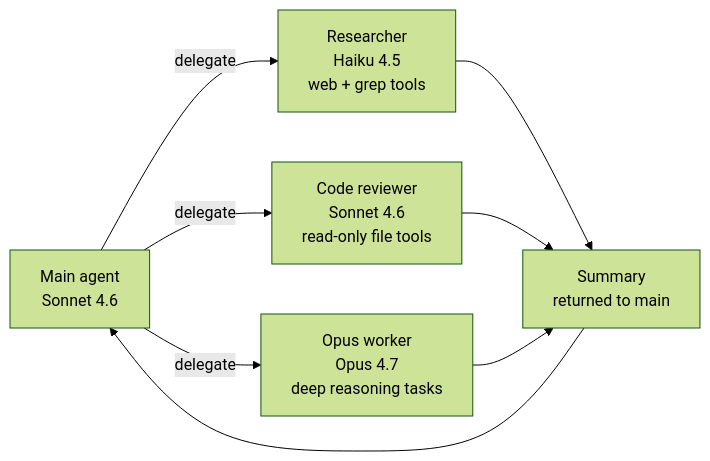
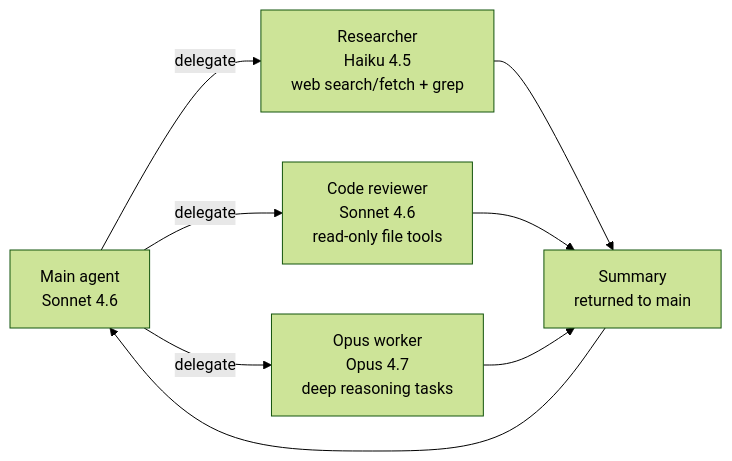
The fifth of 6 diagrams in spec.md (abdihashii/anthropic-agent-sdk-practice), drawn with Mermaid (forest theme) before and after one commit. The commit also changed other lines of this file and 10 other files, not shown here.

````diff
--- a/spec.md
+++ b/spec.md
@@ -143,16 +143,16 @@
 ```mermaid
 flowchart LR
     Main[Main agent<br/>Sonnet 4.6]
-    Researcher[Researcher<br/>Haiku 4.5<br/>web + grep tools]
+    Researcher[Researcher<br/>Haiku 4.5<br/>web search/fetch + grep]
     Reviewer[Code reviewer<br/>Sonnet 4.6<br/>read-only file tools]
     Opus[Opus worker<br/>Opus 4.7<br/>deep reasoning tasks]
     Result[Summary<br/>returned to main]
 
     Main -->|delegate| Researcher
     Main -->|delegate| Reviewer
     Main -->|delegate| Opus
     Researcher --> Result
     Reviewer --> Result
     Opus --> Result
     Result --> Main
 ```
````
